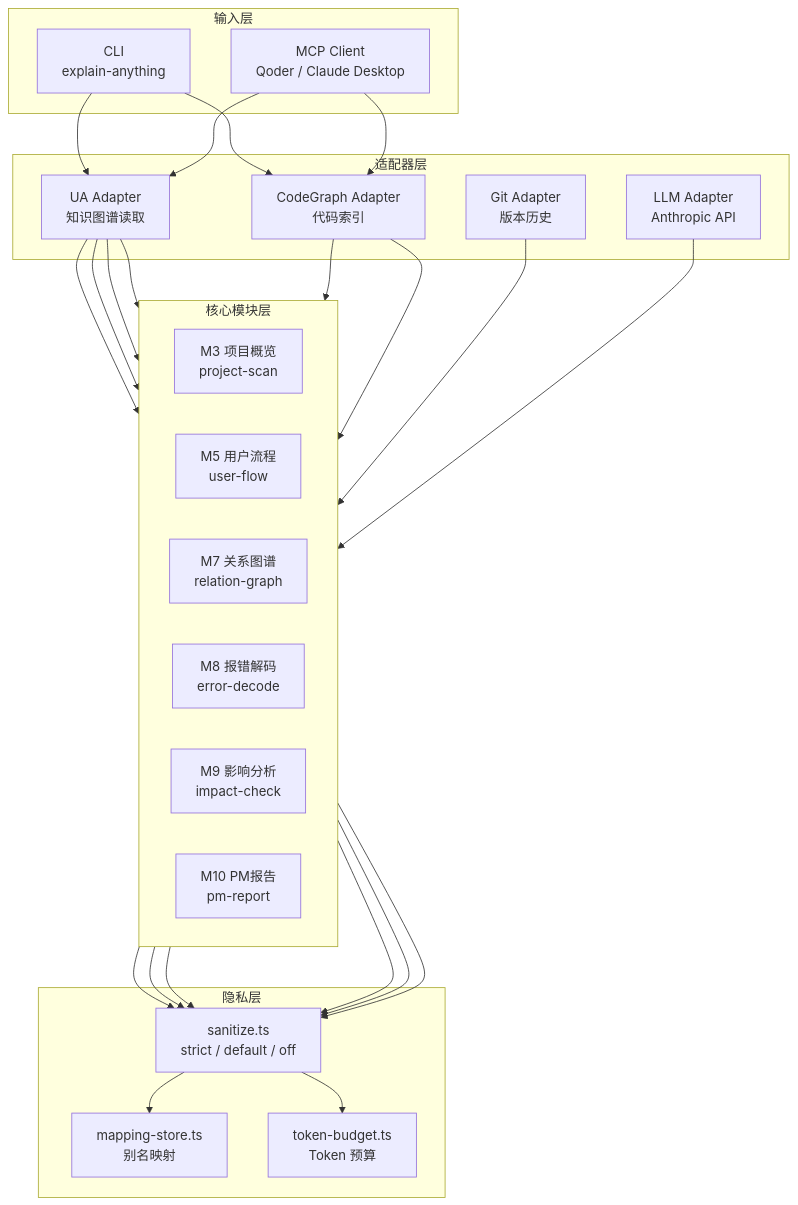
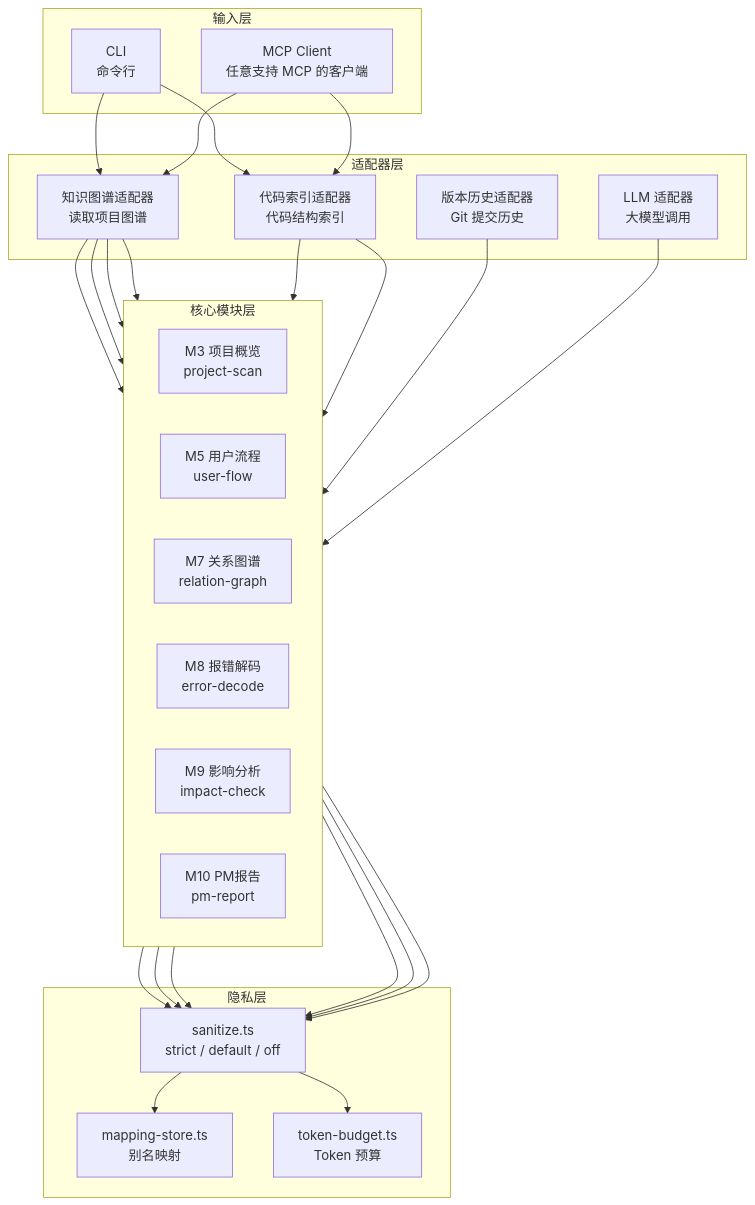
The diagram in README.md (DONGaOtang/codefanyi), drawn with Mermaid before and after one commit. The commit also changed other lines of this file, not shown here.

````diff
--- a/README.md
+++ b/README.md
@@ -34,51 +36,51 @@
 ```mermaid
 graph TB
     subgraph 输入层
-        CLI["CLI<br/>explain-anything"]
-        MCPC["MCP Client<br/>Qoder / Claude Desktop"]
+        CLI["CLI<br/>命令行"]
+        MCPC["MCP Client<br/>任意支持 MCP 的客户端"]
     end
 
     subgraph 适配器层
-        UA["UA Adapter<br/>知识图谱读取"]
-        CG["CodeGraph Adapter<br/>代码索引"]
-        GIT["Git Adapter<br/>版本历史"]
-        LLM["LLM Adapter<br/>Anthropic API"]
+        UA["知识图谱适配器<br/>读取项目图谱"]
+        CG["代码索引适配器<br/>代码结构索引"]
+        GIT["版本历史适配器<br/>Git 提交历史"]
+        LLM["LLM 适配器<br/>大模型调用"]
     end
 
     subgraph 核心模块层
         direction LR
         M3["M3 项目概览<br/>project-scan"]
         M5["M5 用户流程<br/>user-flow"]
         M7["M7 关系图谱<br/>relation-graph"]
         M8["M8 报错解码<br/>error-decode"]
         M9["M9 影响分析<br/>impact-check"]
         M10["M10 PM报告<br/>pm-report"]
     end
 
     subgraph 隐私层
         SAN["sanitize.ts<br/>strict / default / off"]
         MAP["mapping-store.ts<br/>别名映射"]
         BUDGET["token-budget.ts<br/>Token 预算"]
     end
 
     CLI --> UA
     CLI --> CG
     MCPC --> UA
     MCPC --> CG
     UA --> M3
     UA --> M5
     UA --> M7
     UA --> M9
     CG --> M7
     CG --> M9
     GIT --> M9
     LLM --> M8
     M3 --> SAN
     M5 --> SAN
     M7 --> SAN
     M8 --> SAN
     M9 --> SAN
     M10 --> SAN
     SAN --> MAP
     SAN --> BUDGET
 ```
````
